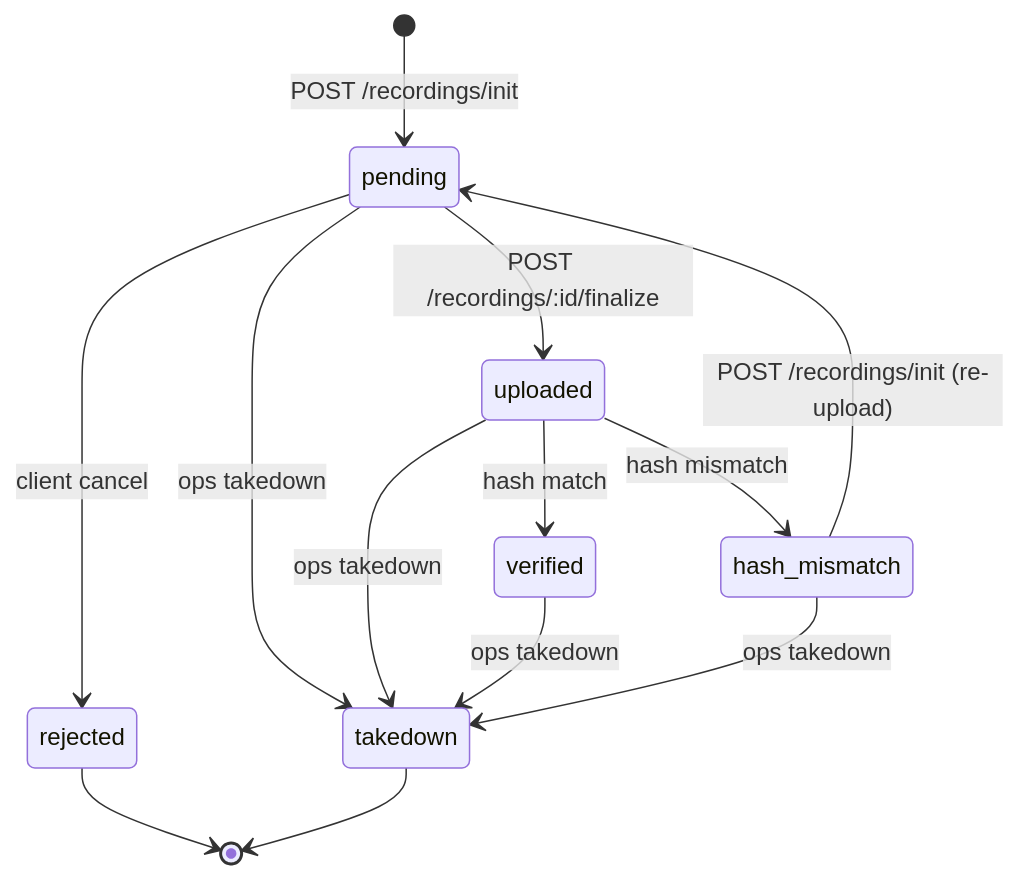
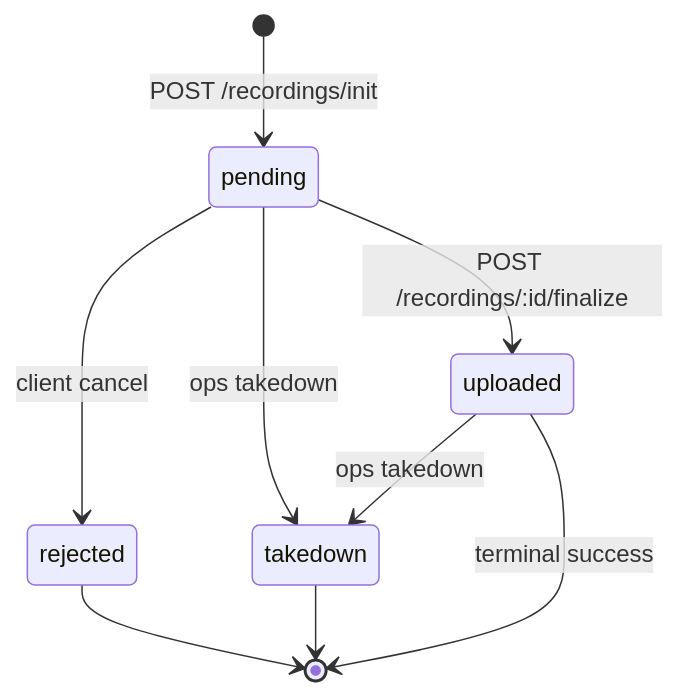
Before and after one commit to adnaanmhd/hl-homelander: the fourth of 4 diagrams in UPLOAD-PIPELINE.md, drawn with Mermaid. The commit also changed other lines of this file and 160 other files, not shown here.

````diff
--- a/UPLOAD-PIPELINE.md
+++ b/UPLOAD-PIPELINE.md
@@ -1035,15 +806,11 @@
 ```mermaid
 stateDiagram-v2
     [*] --> pending: POST /recordings/init
     pending --> uploaded: POST /recordings/:id/finalize
     pending --> rejected: client cancel
     pending --> takedown: ops takedown
-    uploaded --> verified: hash match
-    uploaded --> hash_mismatch: hash mismatch
     uploaded --> takedown: ops takedown
-    verified --> takedown: ops takedown
-    hash_mismatch --> pending: POST /recordings/init (re-upload)
-    hash_mismatch --> takedown: ops takedown
     rejected --> [*]
     takedown --> [*]
+    uploaded --> [*]: terminal success
 ```
````
